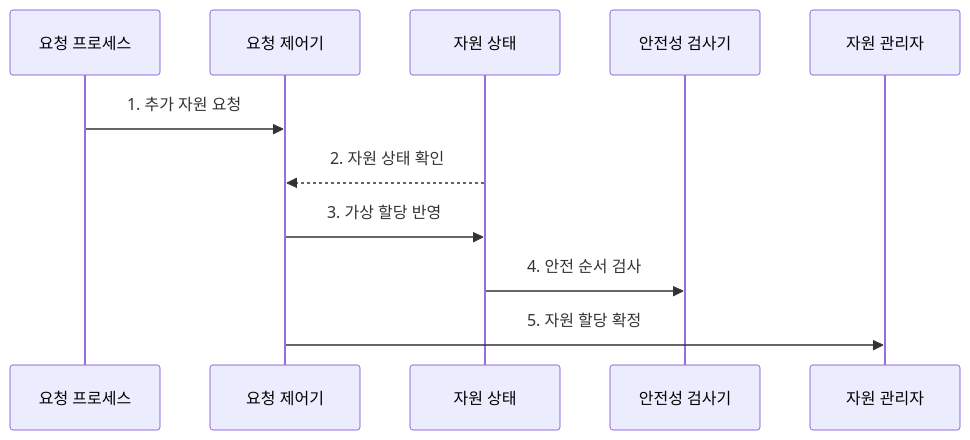
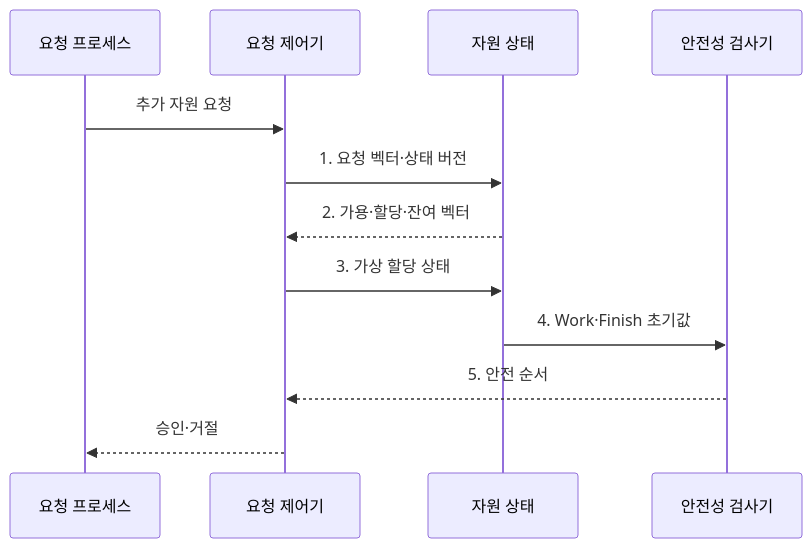
One commit to agnusdei1207/knowledge-base changed the second of 2 diagrams in src/content/docs/notes/03-software/010_bankers_algorithm.md. Above: the diagram before and after it, drawn with Mermaid. The commit also changed other lines of this file and 20 other files, not shown here.

````diff
--- a/src/content/docs/notes/03-software/010_bankers_algorithm.md
+++ b/src/content/docs/notes/03-software/010_bankers_algorithm.md
@@ -94,13 +97,14 @@
 ```mermaid
 sequenceDiagram
     participant P as 요청 프로세스
     participant C as 요청 제어기
     participant S as 자원 상태
     participant A as 안전성 검사기
-    participant R as 자원 관리자
-    P->>C: 1. 추가 자원 요청
-    S-->>C: 2. 자원 상태 확인
-    C->>S: 3. 가상 할당 반영
-    S->>A: 4. 안전 순서 검사
-    C->>R: 5. 자원 할당 확정
+    P->>C: 추가 자원 요청
+    C->>S: 1. 요청 벡터·상태 버전
+    S-->>C: 2. 가용·할당·잔여 벡터
+    C->>S: 3. 가상 할당 상태
+    S->>A: 4. Work·Finish 초기값
+    A-->>C: 5. 안전 순서
+    C-->>P: 승인·거절
 ```
````
